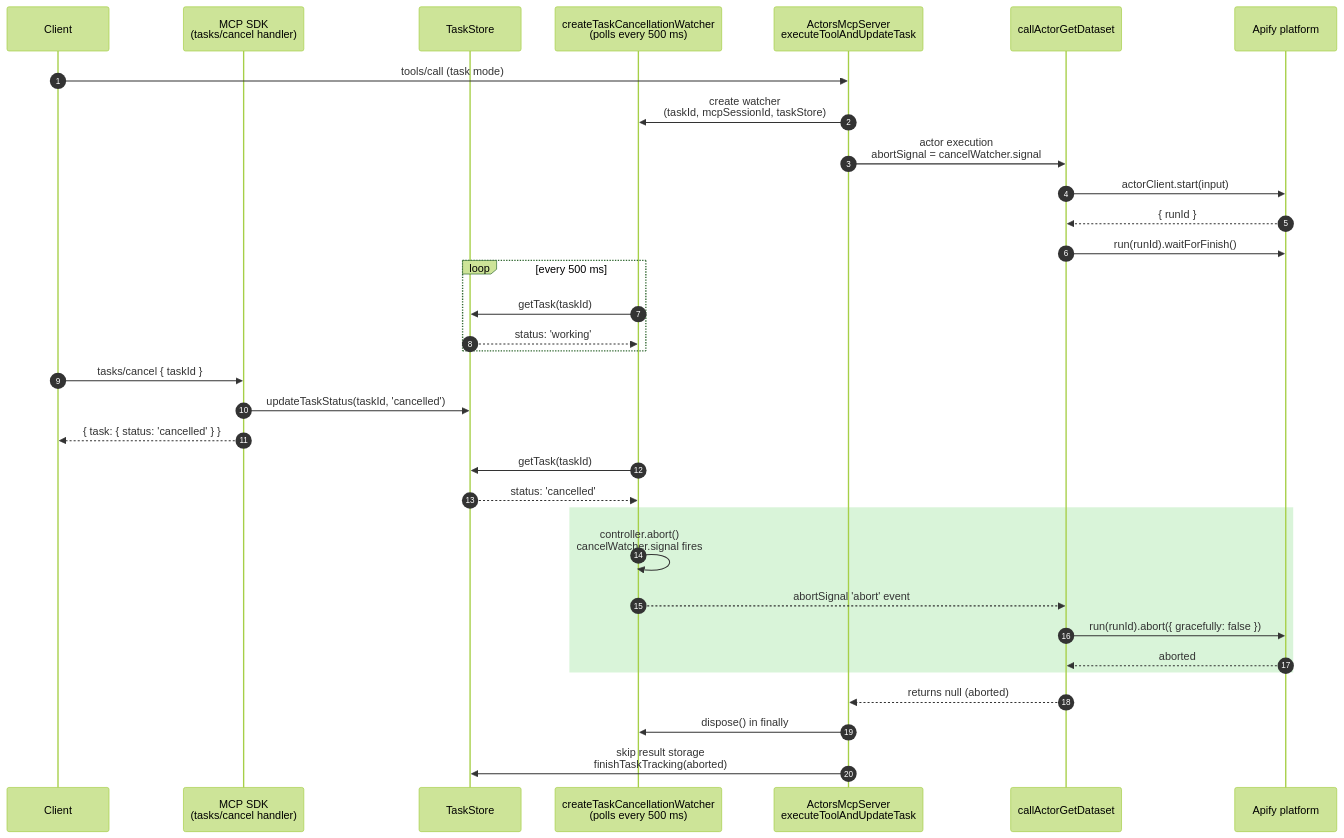
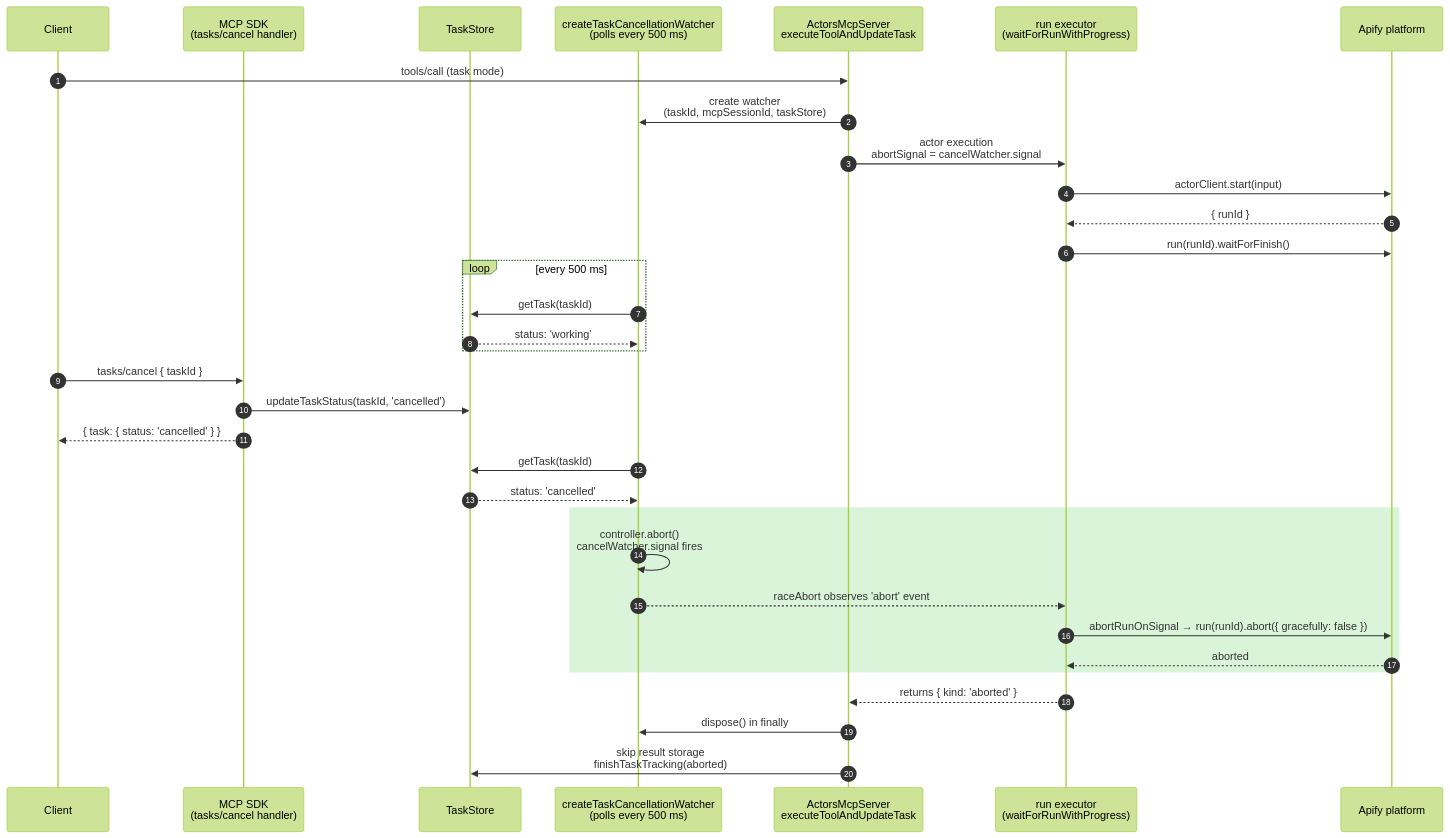
The second of 3 diagrams in res/tasks_cancel_abort_flow.md (blockhabae-blip/MCP-Server), drawn with Mermaid (forest theme) before and after one commit. The commit also changed other lines of this file and 9 other files, not shown here.

````diff
--- a/res/tasks_cancel_abort_flow.md
+++ b/res/tasks_cancel_abort_flow.md
@@ -85,41 +80,41 @@
 ```mermaid
 sequenceDiagram
     autonumber
     participant Client
     participant SDK as MCP SDK<br/>(tasks/cancel handler)
     participant Store as TaskStore
     participant Watcher as createTaskCancellationWatcher<br/>(polls every 500 ms)
     participant Server as ActorsMcpServer<br/>executeToolAndUpdateTask
-    participant Exec as callActorGetDataset
+    participant Exec as run executor<br/>(waitForRunWithProgress)
     participant Apify as Apify platform
 
     Client->>Server: tools/call (task mode)
     Server->>Watcher: create watcher<br/>(taskId, mcpSessionId, taskStore)
     Server->>Exec: actor execution<br/>abortSignal = cancelWatcher.signal
     Exec->>Apify: actorClient.start(input)
     Apify-->>Exec: { runId }
     Exec->>Apify: run(runId).waitForFinish()
 
     loop every 500 ms
         Watcher->>Store: getTask(taskId)
         Store-->>Watcher: status: 'working'
     end
 
     Client->>SDK: tasks/cancel { taskId }
     SDK->>Store: updateTaskStatus(taskId, 'cancelled')
     SDK-->>Client: { task: { status: 'cancelled' } }
 
     Watcher->>Store: getTask(taskId)
     Store-->>Watcher: status: 'cancelled'
 
     rect rgba(0, 180, 0, 0.15)
         Watcher->>Watcher: controller.abort()<br/>cancelWatcher.signal fires
-        Watcher-->>Exec: abortSignal 'abort' event
-        Exec->>Apify: run(runId).abort({ gracefully: false })
+        Watcher-->>Exec: raceAbort observes 'abort' event
+        Exec->>Apify: abortRunOnSignal → run(runId).abort({ gracefully: false })
         Apify-->>Exec: aborted
     end
 
-    Exec-->>Server: returns null (aborted)
+    Exec-->>Server: returns { kind: 'aborted' }
     Server->>Watcher: dispose() in finally
     Server->>Store: skip result storage<br/>finishTaskTracking(aborted)
 ```
````
